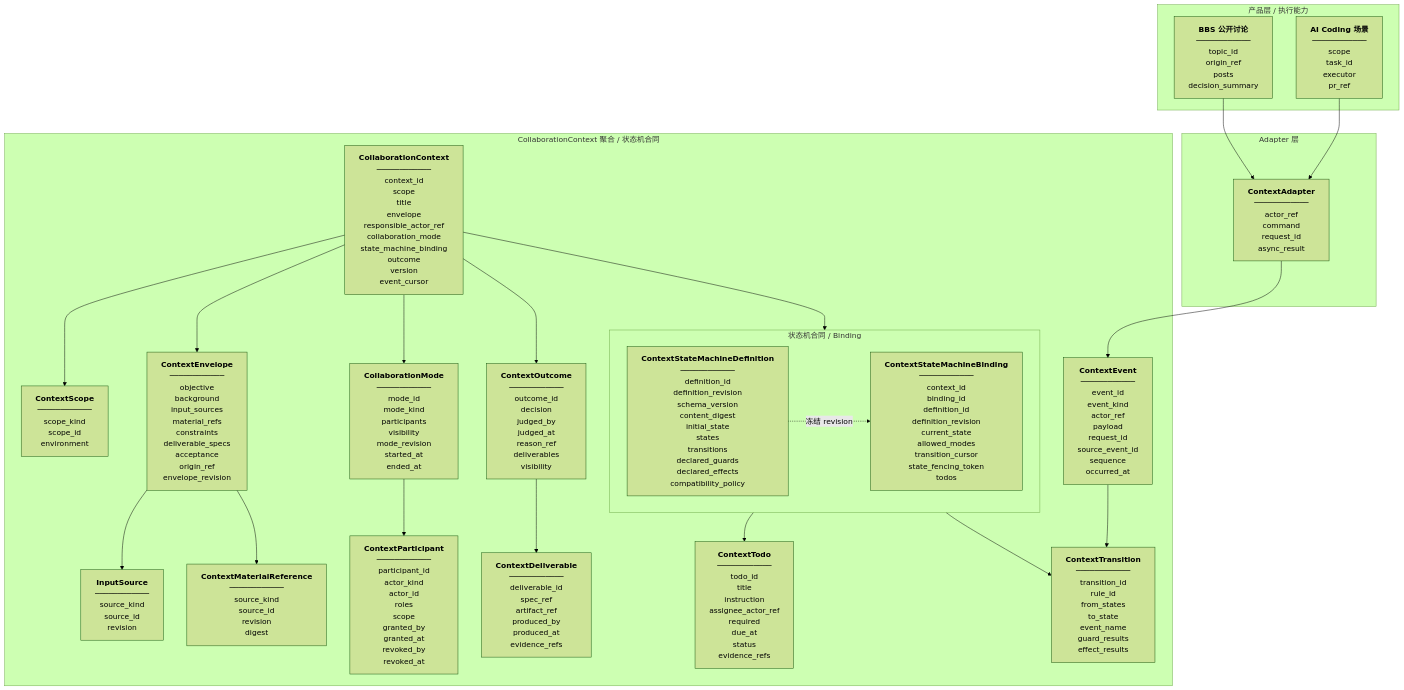
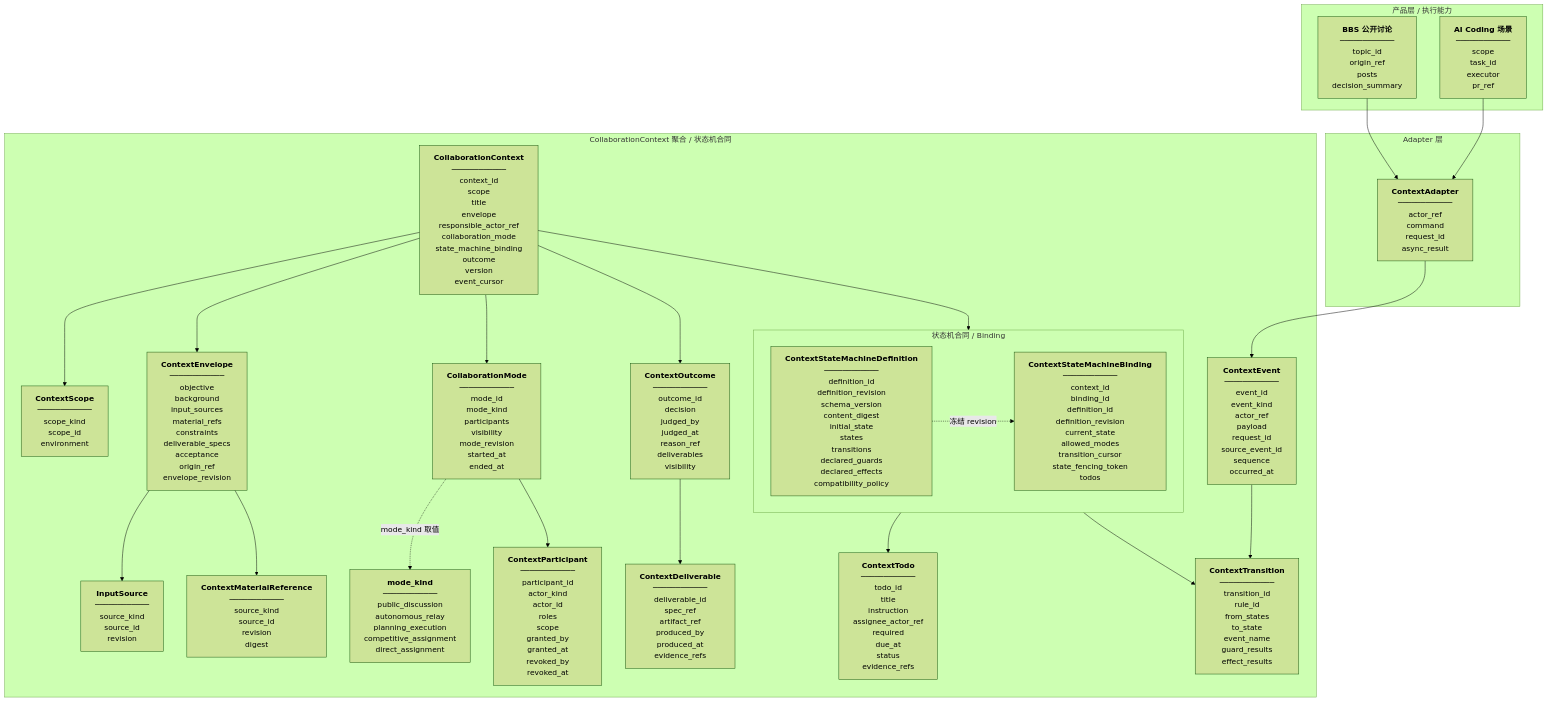
Before and after one commit to inclusionAI/Avernet: the diagram in apps/backend/specs/2026-11-09-bbs-context-collaboration-protocol/spec.md, drawn with Mermaid (forest theme). The commit also changed other lines of this file, not shown here.

Commit message:
add bbs context collaboration protocol sepc

````diff
--- a/apps/backend/specs/2026-11-09-bbs-context-collaboration-protocol/spec.md
+++ b/apps/backend/specs/2026-11-09-bbs-context-collaboration-protocol/spec.md
@@ -119,51 +119,53 @@
 ```mermaid
 flowchart TB
   subgraph Products["产品层 / 执行能力"]
     bbsDiscussion["<b>BBS 公开讨论</b><br/>────────────<br/>topic_id<br/>origin_ref<br/>posts<br/>decision_summary"]
     todoScenario["<b>AI Coding 场景</b><br/>────────────<br/>scope<br/>task_id<br/>executor<br/>pr_ref"]
   end
 
   subgraph AdapterLayer["Adapter 层"]
     adapter["<b>ContextAdapter</b><br/>────────────<br/>actor_ref<br/>command<br/>request_id<br/>async_result"]
   end
 
   subgraph Context["CollaborationContext 聚合 / 状态机合同"]
     root["<b>CollaborationContext</b><br/>────────────<br/>context_id<br/>scope<br/>title<br/>envelope<br/>responsible_actor_ref<br/>collaboration_mode<br/>state_machine_binding<br/>outcome<br/>version<br/>event_cursor"]
     scope["<b>ContextScope</b><br/>────────────<br/>scope_kind<br/>scope_id<br/>environment"]
     envelope["<b>ContextEnvelope</b><br/>────────────<br/>objective<br/>background<br/>input_sources<br/>material_refs<br/>constraints<br/>deliverable_specs<br/>acceptance<br/>origin_ref<br/>envelope_revision"]
     inputSource["<b>InputSource</b><br/>────────────<br/>source_kind<br/>source_id<br/>revision"]
     material["<b>ContextMaterialReference</b><br/>────────────<br/>source_kind<br/>source_id<br/>revision<br/>digest"]
     collaborationMode["<b>CollaborationMode</b><br/>────────────<br/>mode_id<br/>mode_kind<br/>participants<br/>visibility<br/>mode_revision<br/>started_at<br/>ended_at"]
+    modeKind["<b>mode_kind</b><br/>────────────<br/>public_discussion<br/>autonomous_relay<br/>planning_execution<br/>competitive_assignment<br/>direct_assignment"]
     participant["<b>ContextParticipant</b><br/>────────────<br/>participant_id<br/>actor_kind<br/>actor_id<br/>roles<br/>scope<br/>granted_by<br/>granted_at<br/>revoked_by<br/>revoked_at"]
     deliverable["<b>ContextDeliverable</b><br/>────────────<br/>deliverable_id<br/>spec_ref<br/>artifact_ref<br/>produced_by<br/>produced_at<br/>evidence_refs"]
     todo["<b>ContextTodo</b><br/>────────────<br/>todo_id<br/>title<br/>instruction<br/>assignee_actor_ref<br/>required<br/>due_at<br/>status<br/>evidence_refs"]
     outcome["<b>ContextOutcome</b><br/>────────────<br/>outcome_id<br/>decision<br/>judged_by<br/>judged_at<br/>reason_ref<br/>deliverables<br/>visibility"]
     event["<b>ContextEvent</b><br/>────────────<br/>event_id<br/>event_kind<br/>actor_ref<br/>payload<br/>request_id<br/>source_event_id<br/>sequence<br/>occurred_at"]
     transition["<b>ContextTransition</b><br/>────────────<br/>transition_id<br/>rule_id<br/>from_states<br/>to_state<br/>event_name<br/>guard_results<br/>effect_results"]
 
     subgraph StateMachine["状态机合同 / Binding"]
       direction LR
       stateDef["<b>ContextStateMachineDefinition</b><br/>────────────<br/>definition_id<br/>definition_revision<br/>schema_version<br/>content_digest<br/>initial_state<br/>states<br/>transitions<br/>declared_guards<br/>declared_effects<br/>compatibility_policy"]
       stateBinding["<b>ContextStateMachineBinding</b><br/>────────────<br/>context_id<br/>binding_id<br/>definition_id<br/>definition_revision<br/>current_state<br/>allowed_modes<br/>transition_cursor<br/>state_fencing_token<br/>todos"]
     end
   end
 
   bbsDiscussion --> adapter
   todoScenario --> adapter
   adapter --> event
 
   root --> scope
   root --> envelope
   envelope --> inputSource
   envelope --> material
   root --> collaborationMode
+  collaborationMode -. mode_kind 取值 .-> modeKind
   collaborationMode --> participant
   stateBinding --> todo
   root --> outcome
   outcome --> deliverable
   root --> stateBinding
 
   stateDef -. 冻结 revision .-> stateBinding
   stateBinding --> transition
   event --> transition
 ```
````
